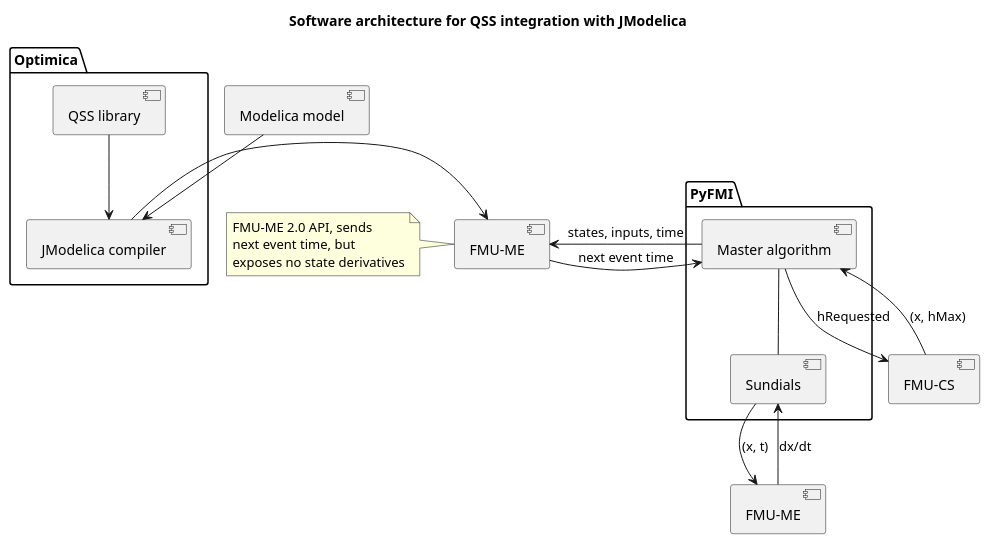
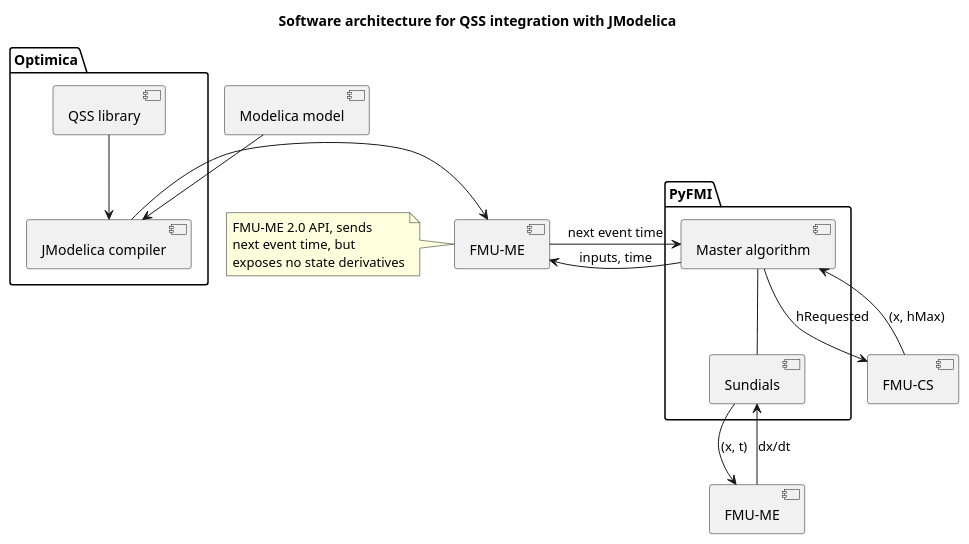
One commit to lbl-srg/soep changed the third of 3 diagrams in doc-design/source/softwareArchitecture.rst. Above: the diagram before and after it, drawn with PlantUML. The commit also changed other lines of this file, not shown here.

Commit message:
Update software architecture.

```diff
--- a/doc-design/source/softwareArchitecture.rst
+++ b/doc-design/source/softwareArchitecture.rst
@@ -334,35 +334,35 @@
 .. uml::
    :caption: Software architecture for QSS integration with JModelica.
 
    title Software architecture for QSS integration with JModelica
 
    skinparam componentStyle uml2
 
    [FMU-ME] as FMU_QSS
 
    package Optimica {
    [QSS library] as qss_lib
    qss_lib    --> [JModelica compiler]
    }
 
    [Modelica model] --> [JModelica compiler]
 
    [JModelica compiler] -> FMU_QSS
 
    package PyFMI {
-   [Master algorithm] -> FMU_QSS : "states, inputs, time"
+   [Master algorithm] -> FMU_QSS : "inputs, time"
    [Master algorithm] <- FMU_QSS : "next event time"
    [Master algorithm] -- [Sundials]
    }
 
    [Sundials] --> [FMU-ME] : "(x, t)"
    [Sundials] <-- [FMU-ME] : "dx/dt"
    [Master algorithm] --> [FMU-CS] : "hRequested"
    [Master algorithm] <-- [FMU-CS] : "(x, hMax)"
 
 
    note left of FMU_QSS
       FMU-ME 2.0 API, sends
       next event time, but
       exposes no state derivatives
    end note
```
